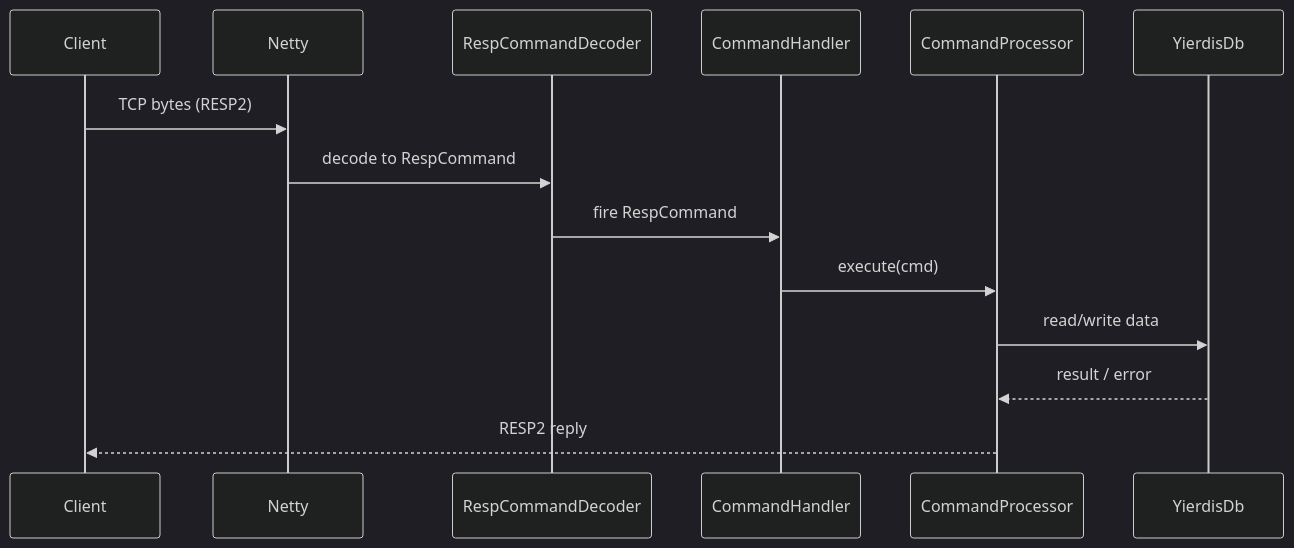
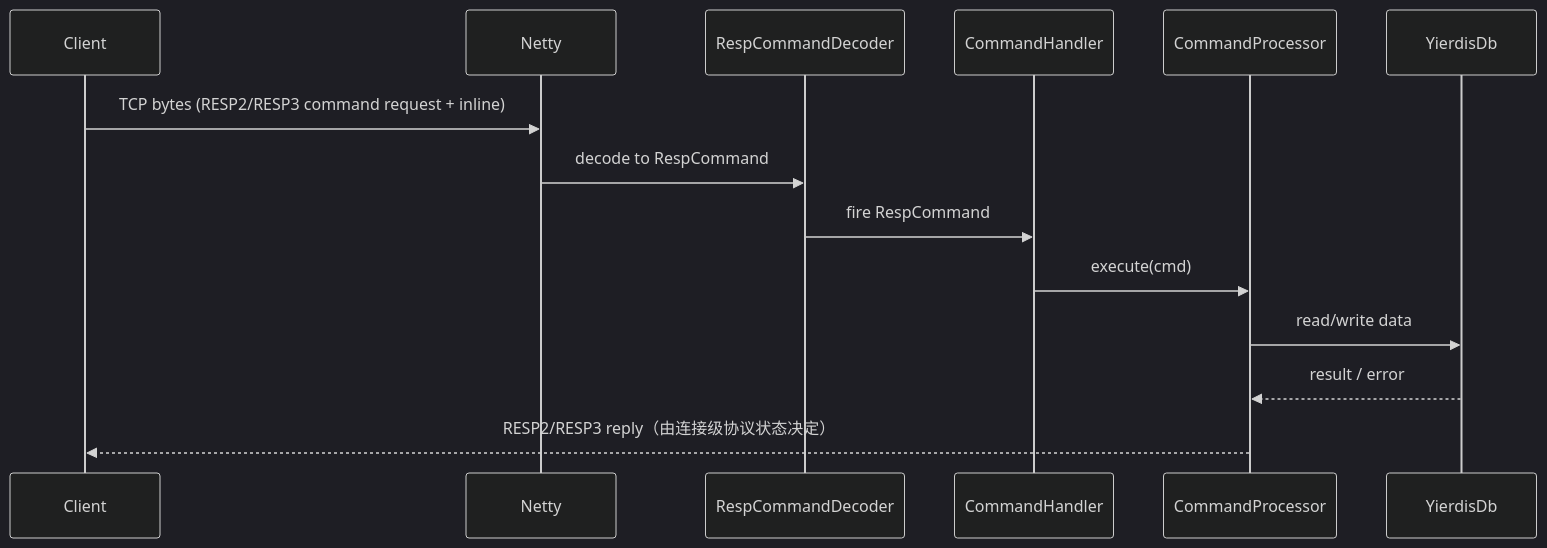
The second of 2 diagrams in helloagents/wiki/arch.md (skt-shinyruo/Yierdis), drawn with Mermaid (dark theme) before and after one commit. The commit also changed other lines of this file and 48 other files, not shown here.

First line of the commit message:
feat: RESP3/inline + Netty executor + bitmap/hll

````diff
--- a/helloagents/wiki/arch.md
+++ b/helloagents/wiki/arch.md
@@ -24,17 +24,17 @@
 ```mermaid
 sequenceDiagram
     participant Client
     participant Netty
     participant Decoder as RespCommandDecoder
     participant Handler as CommandHandler
     participant Processor as CommandProcessor
     participant DB as YierdisDb
 
-    Client->>Netty: TCP bytes (RESP2)
+    Client->>Netty: TCP bytes (RESP2/RESP3 command request + inline)
     Netty->>Decoder: decode to RespCommand
     Decoder->>Handler: fire RespCommand
     Handler->>Processor: execute(cmd)
     Processor->>DB: read/write data
     DB-->>Processor: result / error
-    Processor-->>Client: RESP2 reply
+    Processor-->>Client: RESP2/RESP3 reply（由连接级协议状态决定）
 ```
````
